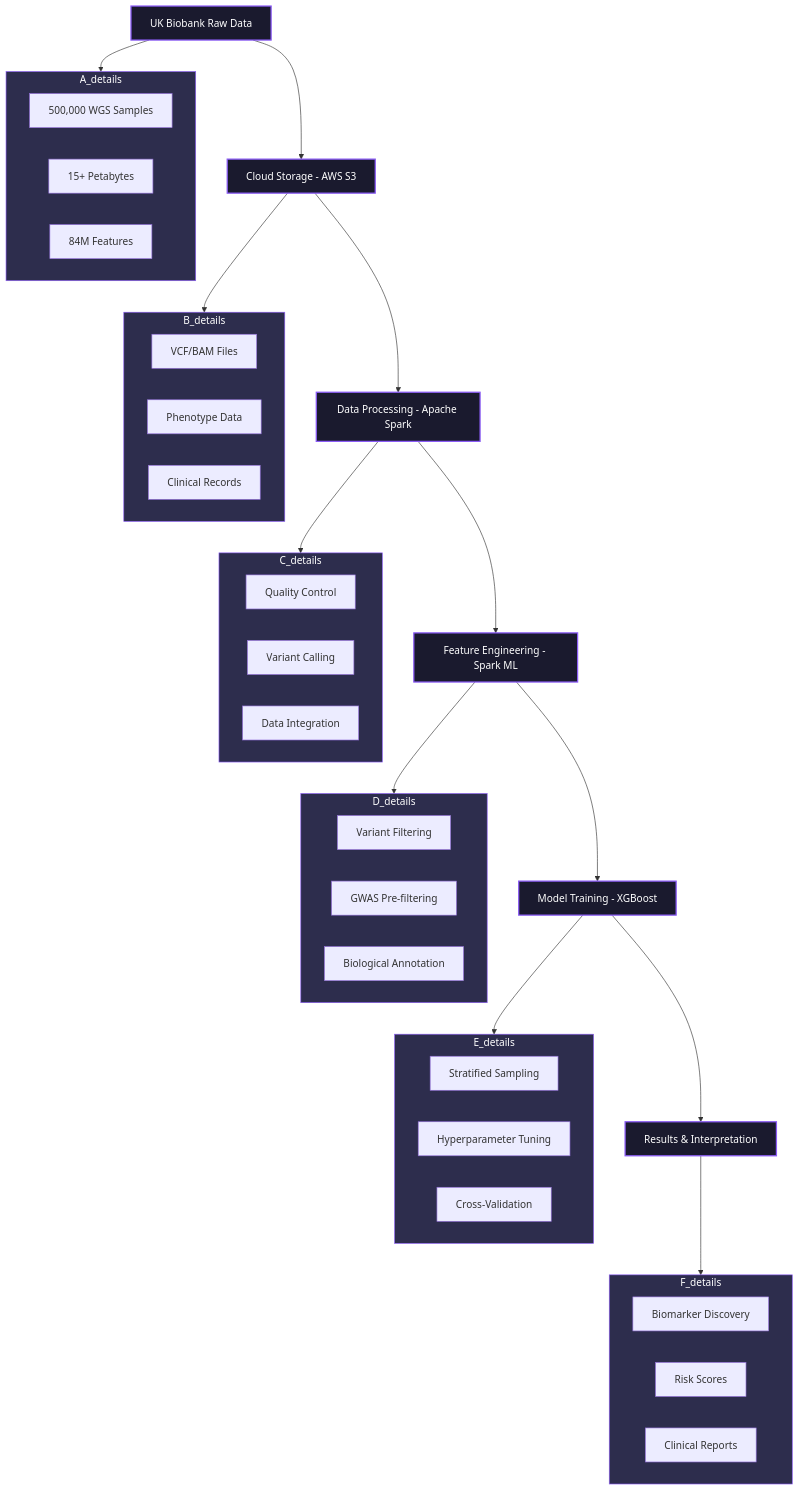
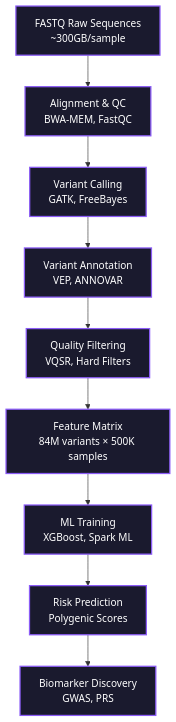
Before and after one commit to idrees118/idrees118.github.io: the diagram in index.md, drawn with Mermaid. The commit also changed other lines of this file, not shown here.

```diff
--- a/index.md
+++ b/index.md
@@ -511,64 +559,21 @@
         <div class="mermaid">
 graph TD
-    A[UK Biobank Raw Data] --> B[Cloud Storage - AWS S3]
-    B --> C[Data Processing - Apache Spark]
-    C --> D[Feature Engineering - Spark ML]
-    D --> E[Model Training - XGBoost]
-    E --> F[Results & Interpretation]
+    A[FASTQ Raw Sequences<br/>~300GB/sample] --> B[Alignment & QC<br/>BWA-MEM, FastQC]
+    B --> C[Variant Calling<br/>GATK, FreeBayes]
+    C --> D[Variant Annotation<br/>VEP, ANNOVAR]
+    D --> E[Quality Filtering<br/>VQSR, Hard Filters]
+    E --> F[Feature Matrix<br/>84M variants × 500K samples]
+    F --> G[ML Training<br/>XGBoost, Spark ML]
+    G --> H[Risk Prediction<br/>Polygenic Scores]
+    H --> I[Biomarker Discovery<br/>GWAS, PRS]
     
-    subgraph A_details
-        A1[500,000 WGS Samples]
-        A2[15+ Petabytes]
-        A3[84M Features]
-    end
-    
-    subgraph B_details
-        B1[VCF/BAM Files]
-        B2[Phenotype Data]
-        B3[Clinical Records]
-    end
-    
-    subgraph C_details
-        C1[Quality Control]
-        C2[Variant Calling]
-        C3[Data Integration]
-    end
-    
-    subgraph D_details
-        D1[Variant Filtering]
-        D2[GWAS Pre-filtering]
-        D3[Biological Annotation]
-    end
-    
-    subgraph E_details
-        E1[Stratified Sampling]
-        E2[Hyperparameter Tuning]
-        E3[Cross-Validation]
-    end
-    
-    subgraph F_details
-        F1[Biomarker Discovery]
-        F2[Risk Scores]
-        F3[Clinical Reports]
-    end
-    
-    A --> A_details
-    B --> B_details
-    C --> C_details
-    D --> D_details
-    E --> E_details
-    F --> F_details
-
     style A fill:#1a1a2e,stroke:#8b5cf6,stroke-width:2px,color:#ffffff
     style B fill:#1a1a2e,stroke:#8b5cf6,stroke-width:2px,color:#ffffff
     style C fill:#1a1a2e,stroke:#8b5cf6,stroke-width:2px,color:#ffffff
     style D fill:#1a1a2e,stroke:#8b5cf6,stroke-width:2px,color:#ffffff
     style E fill:#1a1a2e,stroke:#8b5cf6,stroke-width:2px,color:#ffffff
     style F fill:#1a1a2e,stroke:#8b5cf6,stroke-width:2px,color:#ffffff
-    style A_details fill:#2d2d4d,stroke:#8b5cf6,stroke-width:1px,color:#ffffff
-    style B_details fill:#2d2d4d,stroke:#8b5cf6,stroke-width:1px,color:#ffffff
-    style C_details fill:#2d2d4d,stroke:#8b5cf6,stroke-width:1px,color:#ffffff
-    style D_details fill:#2d2d4d,stroke:#8b5cf6,stroke-width:1px,color:#ffffff
-    style E_details fill:#2d2d4d,stroke:#8b5cf6,stroke-width:1px,color:#ffffff
-    style F_details fill:#2d2d4d,stroke:#8b5cf6,stroke-width:1px,color:#ffffff
+    style G fill:#1a1a2e,stroke:#8b5cf6,stroke-width:2px,color:#ffffff
+    style H fill:#1a1a2e,stroke:#8b5cf6,stroke-width:2px,color:#ffffff
+    style I fill:#1a1a2e,stroke:#8b5cf6,stroke-width:2px,color:#ffffff
         </div>
```
